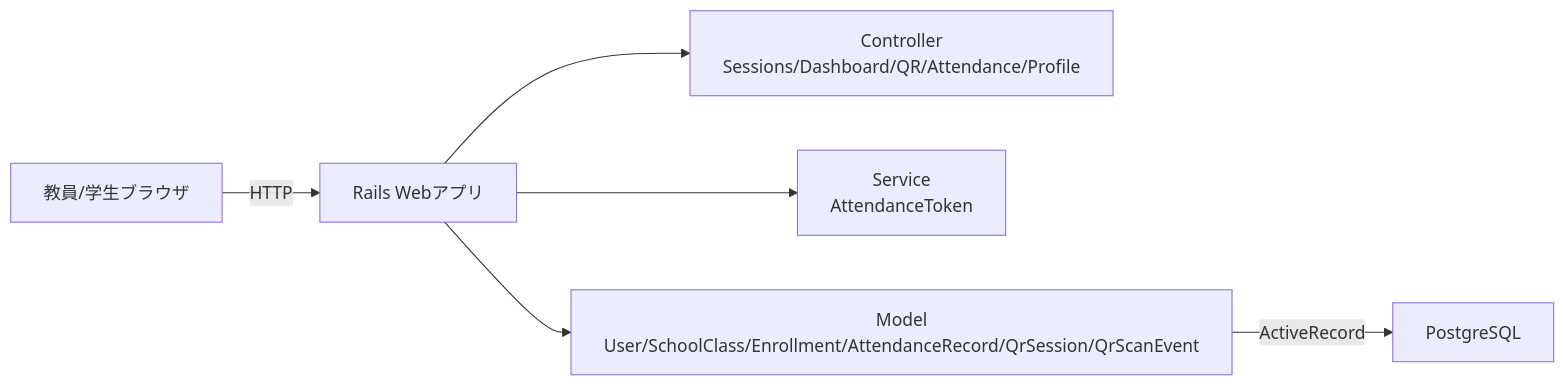
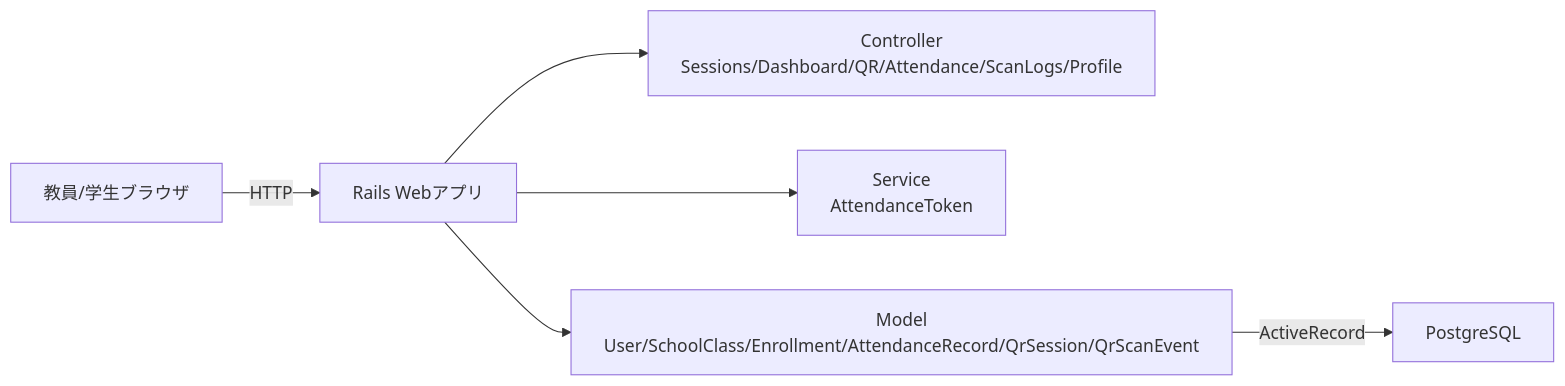
One commit to syusyusyusyu/Attendance changed the third of 7 diagrams in 仕様書.md. Above: the diagram before and after it, drawn with Mermaid. The commit also changed other lines of this file and 21 other files, not shown here.

First line of the commit message:
feat: Add attendance policy management and QR scan event logging

````diff
--- a/仕様書.md
+++ b/仕様書.md
@@ -94,8 +111,8 @@
 ```mermaid
 flowchart LR
   U[教員/学生ブラウザ] -->|HTTP| W[Rails Webアプリ]
-  W --> C[Controller<br/>Sessions/Dashboard/QR/Attendance/Profile]
+  W --> C[Controller<br/>Sessions/Dashboard/QR/Attendance/ScanLogs/Profile]
   W --> S[Service<br/>AttendanceToken]
   W --> M[Model<br/>User/SchoolClass/Enrollment/AttendanceRecord/QrSession/QrScanEvent]
   M -->|ActiveRecord| DB[PostgreSQL]
 ```
````
